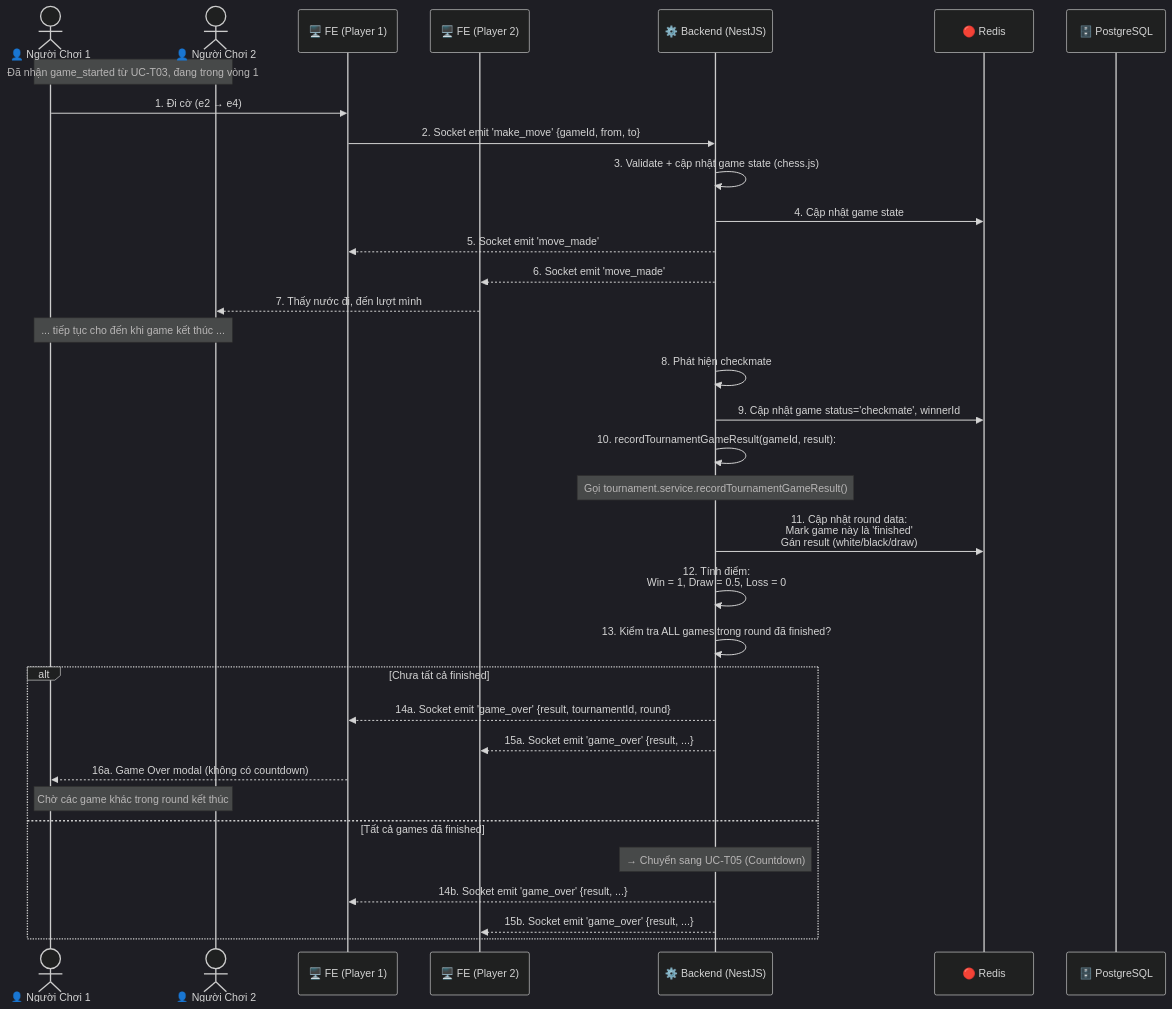
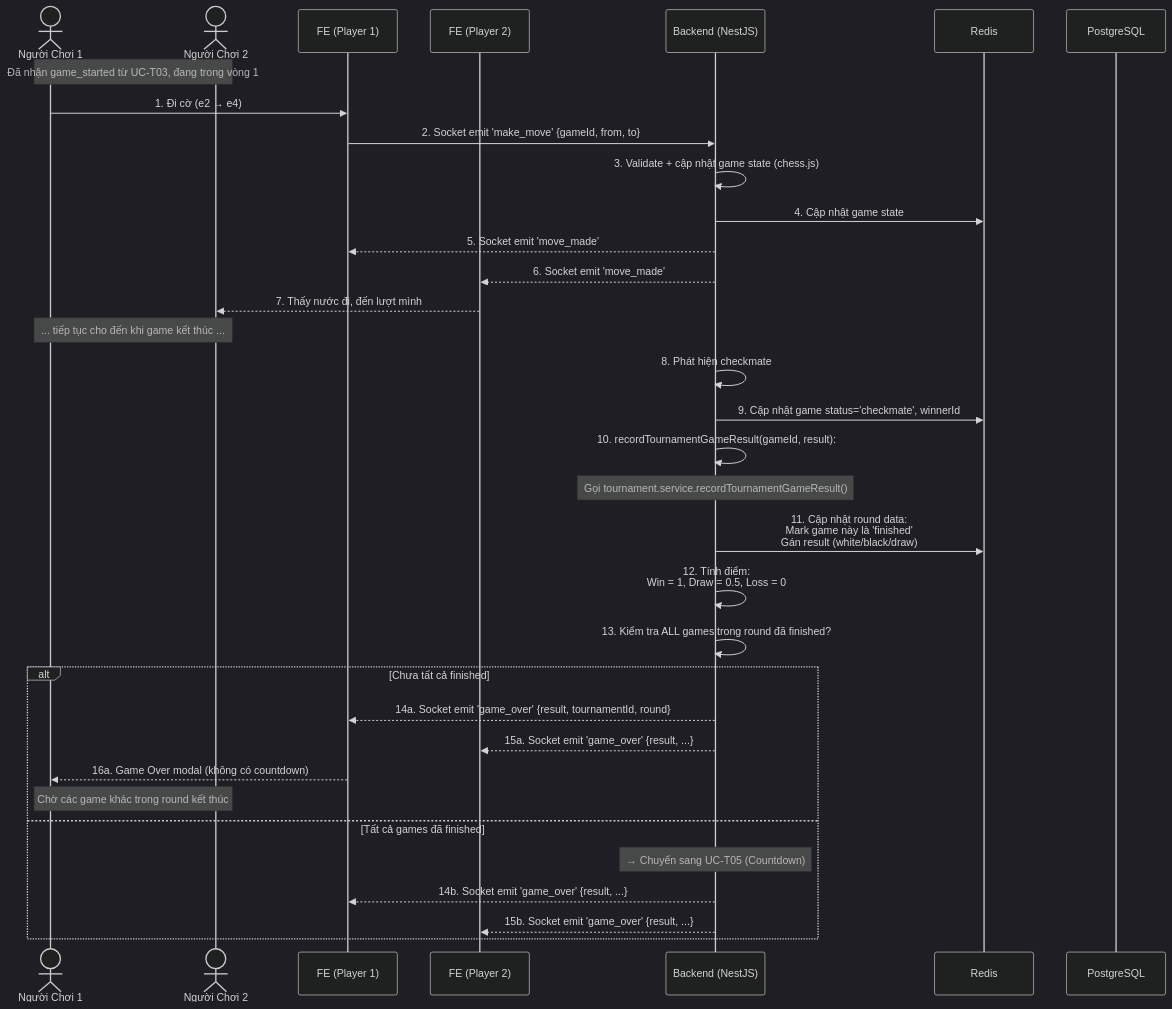
Before and after one commit to legiabao0907/web-chess-real-time: diagram 13 of 22 in docs/sequence-diagrams.md, drawn with Mermaid (dark theme). The commit also changed other lines of this file, not shown here.

````diff
--- a/docs/sequence-diagrams.md
+++ b/docs/sequence-diagrams.md
@@ -605,46 +605,46 @@
 ```mermaid
 sequenceDiagram
-    actor P1 as 👤 Người Chơi 1
-    actor P2 as 👤 Người Chơi 2
-    participant FE1 as 🖥️ FE (Player 1)
-    participant FE2 as 🖥️ FE (Player 2)
-    participant BE as ⚙️ Backend (NestJS)
-    participant Redis as 🔴 Redis
-    participant PG as 🗄️ PostgreSQL
+ actor P1 as Người Chơi 1
+ actor P2 as Người Chơi 2
+ participant FE1 as FE (Player 1)
+ participant FE2 as FE (Player 2)
+ participant BE as Backend (NestJS)
+ participant Redis as Redis
+ participant PG as PostgreSQL
 
-    Note over P1, P2: Đã nhận game_started từ UC-T03, đang trong vòng 1
+ Note over P1, P2: Đã nhận game_started từ UC-T03, đang trong vòng 1
 
-    %% Game diễn ra bình thường (giống UC-G02)
-    P1->>FE1: 1. Đi cờ (e2 → e4)
-    FE1->>BE: 2. Socket emit 'make_move' {gameId, from, to}
-    BE->>BE: 3. Validate + cập nhật game state (chess.js)
-    BE->>Redis: 4. Cập nhật game state
-    BE-->>FE1: 5. Socket emit 'move_made'
-    BE-->>FE2: 6. Socket emit 'move_made'
-    FE2-->>P2: 7. Thấy nước đi, đến lượt mình
+ %% Game diễn ra bình thường (giống UC-G02)
+ P1->>FE1: 1. Đi cờ (e2 → e4)
+ FE1->>BE: 2. Socket emit 'make_move' {gameId, from, to}
+ BE->>BE: 3. Validate + cập nhật game state (chess.js)
+ BE->>Redis: 4. Cập nhật game state
+ BE-->>FE1: 5. Socket emit 'move_made'
+ BE-->>FE2: 6. Socket emit 'move_made'
+ FE2-->>P2: 7. Thấy nước đi, đến lượt mình
 
-    Note over P1, P2: ... tiếp tục cho đến khi game kết thúc ...
+ Note over P1, P2: ... tiếp tục cho đến khi game kết thúc ...
 
-    %% Game kết thúc
-    BE->>BE: 8. Phát hiện checkmate
-    BE->>Redis: 9. Cập nhật game status='checkmate', winnerId
+ %% Game kết thúc
+ BE->>BE: 8. Phát hiện checkmate
+ BE->>Redis: 9. Cập nhật game status='checkmate', winnerId
 
-    %% GHI tournament result (KHÁC BIỆT so với game thường)
-    BE->>BE: 10. recordTournamentGameResult(gameId, result):
-    Note over BE: Gọi tournament.service.recordTournamentGameResult()
-    BE->>Redis: 11. Cập nhật round data:<br/>Mark game này là 'finished'<br/>Gán result (white/black/draw)
-    BE->>BE: 12. Tính điểm:<br/>Win = 1, Draw = 0.5, Loss = 0
+ %% GHI tournament result (KHÁC BIỆT so với game thường)
+ BE->>BE: 10. recordTournamentGameResult(gameId, result):
+ Note over BE: Gọi tournament.service.recordTournamentGameResult()
+ BE->>Redis: 11. Cập nhật round data:<br/>Mark game này là 'finished'<br/>Gán result (white/black/draw)
+ BE->>BE: 12. Tính điểm:<br/>Win = 1, Draw = 0.5, Loss = 0
 
-    BE->>BE: 13. Kiểm tra ALL games trong round đã finished?
+ BE->>BE: 13. Kiểm tra ALL games trong round đã finished?
 
-    alt Chưa tất cả finished
-        BE-->>FE1: 14a. Socket emit 'game_over' {result, tournamentId, round}
-        BE-->>FE2: 15a. Socket emit 'game_over' {result, ...}
-        FE1-->>P1: 16a. Game Over modal (không có countdown)
-        Note over P1, P2: Chờ các game khác trong round kết thúc
-    else Tất cả games đã finished
-        Note over BE: → Chuyển sang UC-T05 (Countdown)
-        BE-->>FE1: 14b. Socket emit 'game_over' {result, ...}
-        BE-->>FE2: 15b. Socket emit 'game_over' {result, ...}
-    end
+ alt Chưa tất cả finished
+ BE-->>FE1: 14a. Socket emit 'game_over' {result, tournamentId, round}
+ BE-->>FE2: 15a. Socket emit 'game_over' {result, ...}
+ FE1-->>P1: 16a. Game Over modal (không có countdown)
+ Note over P1, P2: Chờ các game khác trong round kết thúc
+ else Tất cả games đã finished
+ Note over BE: → Chuyển sang UC-T05 (Countdown)
+ BE-->>FE1: 14b. Socket emit 'game_over' {result, ...}
+ BE-->>FE2: 15b. Socket emit 'game_over' {result, ...}
+ end
 ```
````
